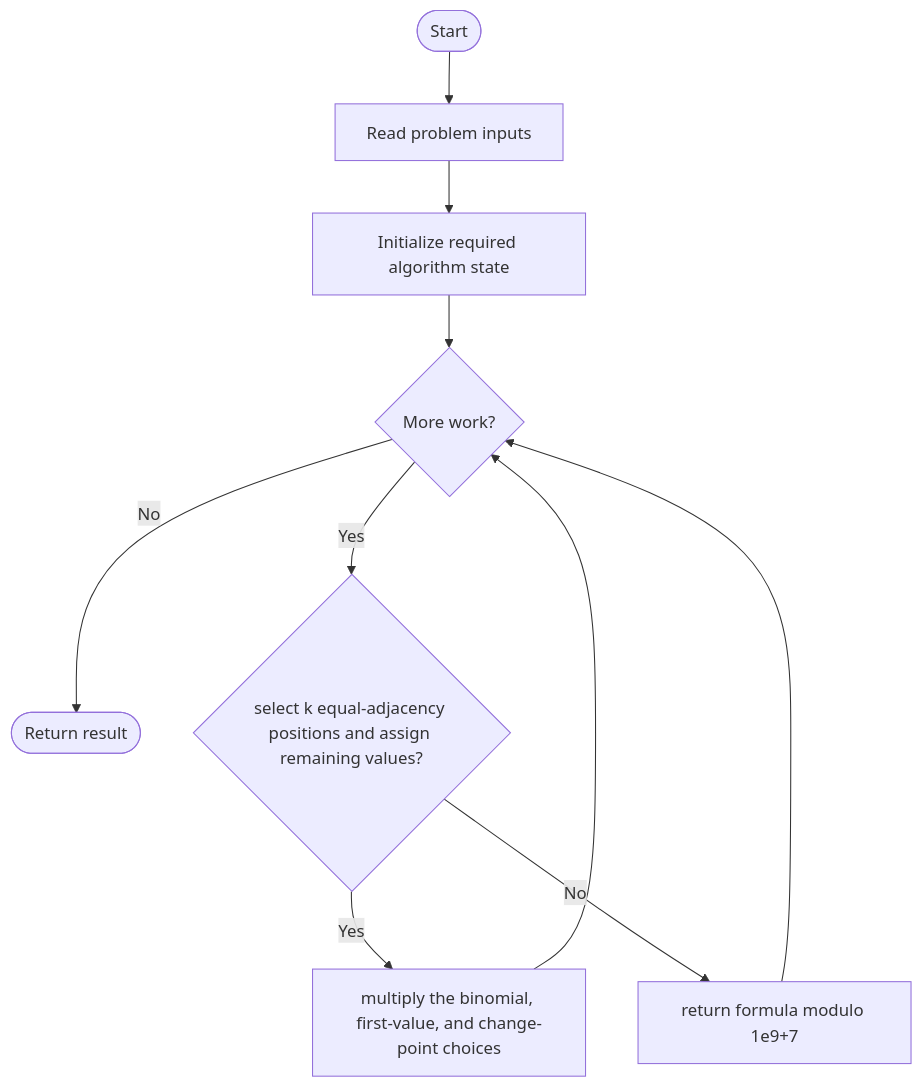
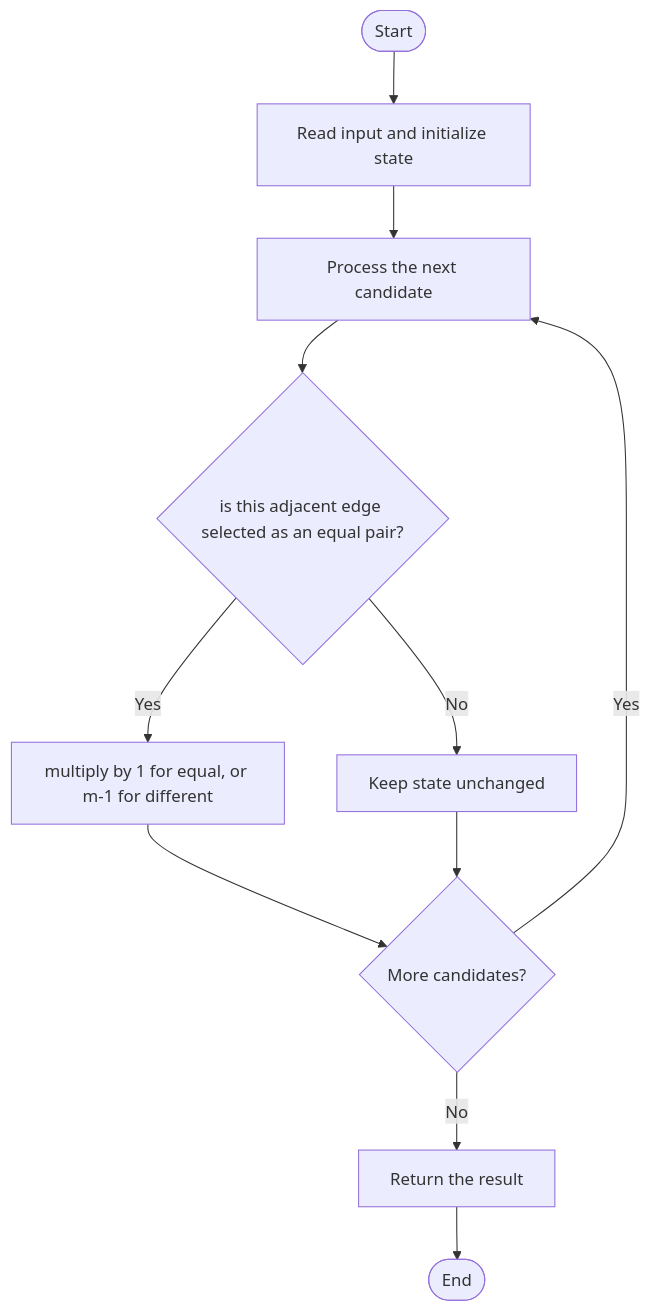
Before and after one commit to SAIDEEPBHANGE/C-CPP-Codes: the diagram in LeetCode/3405/README.md, drawn with Mermaid. The commit also changed other lines of this file and 196 other files, not shown here.

````diff
--- a/LeetCode/3405/README.md
+++ b/LeetCode/3405/README.md
@@ -13,12 +27,13 @@
 ```mermaid
 flowchart TD
-    A([Start]) --> B[Read problem inputs]
-    B --> C[Initialize required algorithm state]
-    C --> D{More work?}
-    D -- No --> Z([Return result])
-    D -- Yes --> E{select k equal-adjacency positions and assign remaining values?}
-    E -- Yes --> F[multiply the binomial, first-value, and change-point choices]
-    E -- No --> G[return formula modulo 1e9+7]
-    F --> D
-    G --> D
+    A([Start]) --> B[Read input and initialize state]
+    B --> C[Process the next candidate]
+    C --> D{is this adjacent edge selected as an equal pair?}
+    D -->|Yes| E[multiply by 1 for equal, or m-1 for different]
+    D -->|No| F[Keep state unchanged]
+    E --> G{More candidates?}
+    F --> G
+    G -->|Yes| C
+    G -->|No| H[Return the result]
+    H --> I([End])
 ```
````
